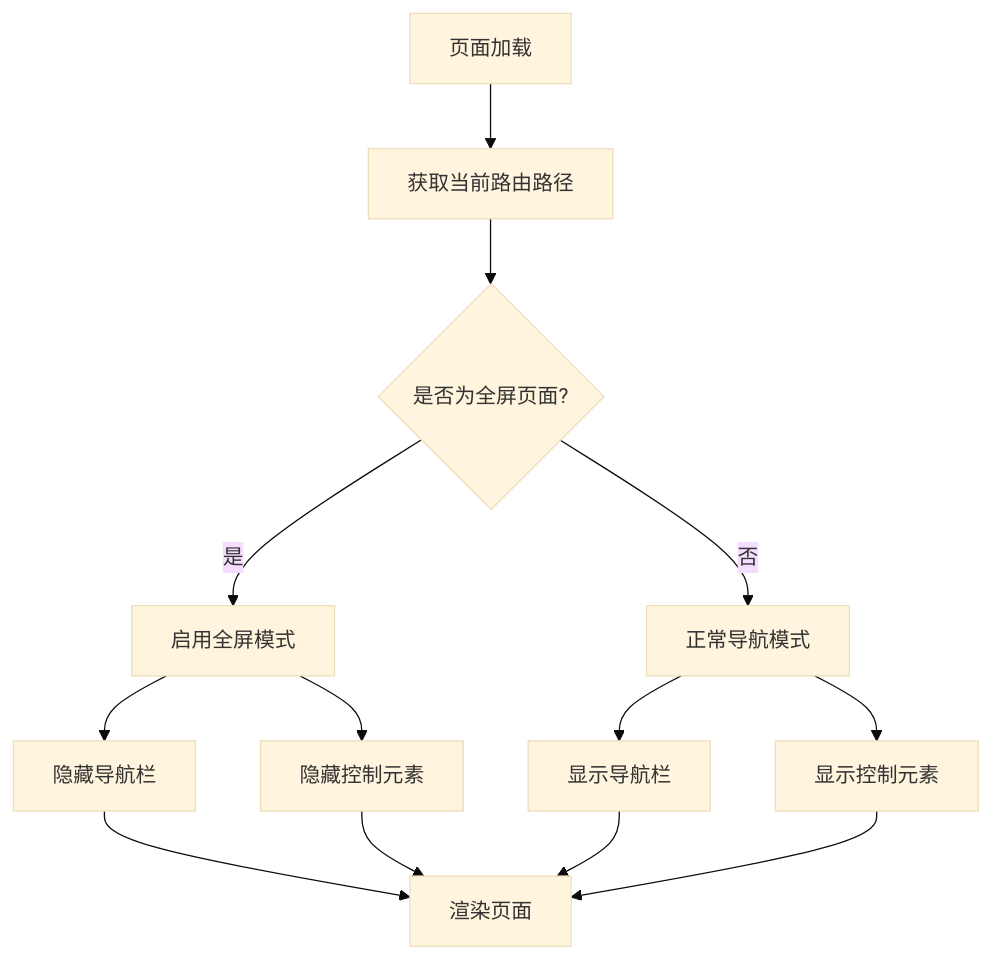
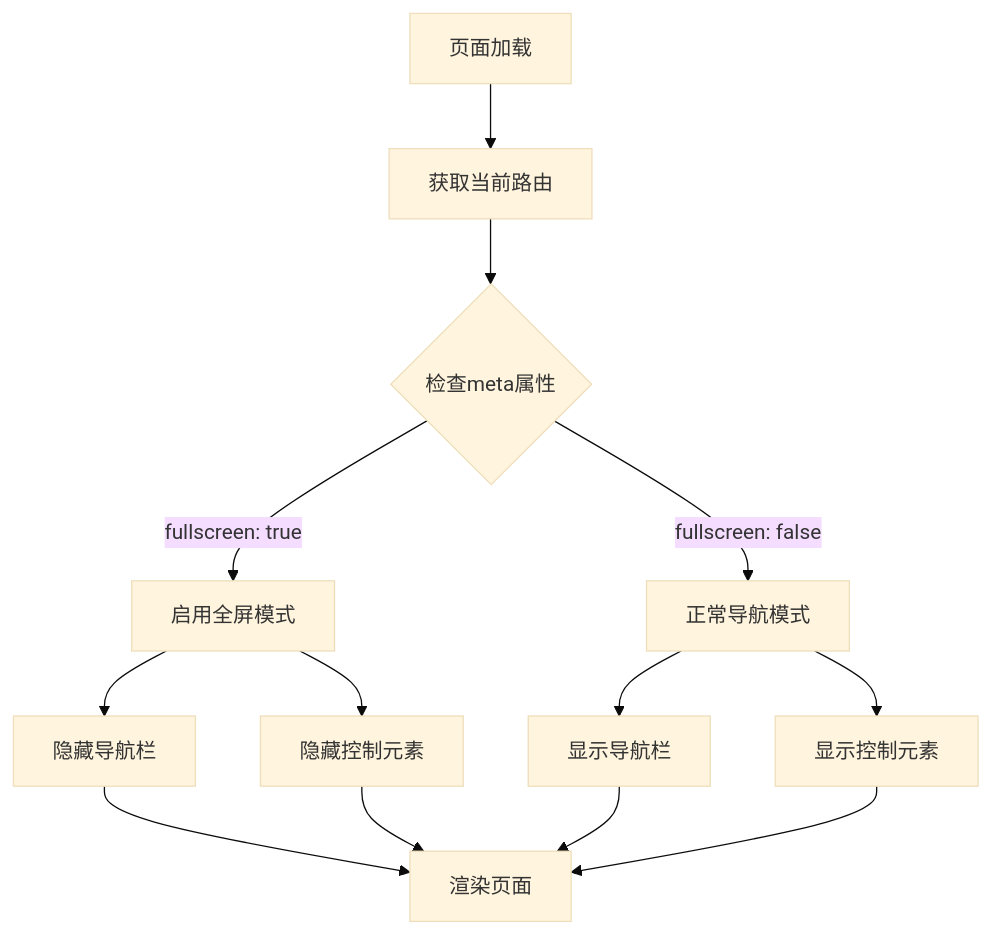
The third of 10 diagrams in .qoder/repowiki/zh/content/路由系统更新.md (yuyezhizhi/yuyezhizhi.github.io), drawn with Mermaid (base theme) before and after one commit. The commit also changed other lines of this file and 9 other files, not shown here.

````diff
--- a/.qoder/repowiki/zh/content/路由系统更新.md
+++ b/.qoder/repowiki/zh/content/路由系统更新.md
@@ -112,15 +132,15 @@
 ```mermaid
 flowchart TD
-Start[页面加载] --> GetRoute[获取当前路由路径]
-GetRoute --> CheckFullscreen{是否为全屏页面?}
-CheckFullscreen --> |是| FullscreenMode[启用全屏模式]
-CheckFullscreen --> |否| NormalMode[正常导航模式]
+Start[页面加载] --> GetRoute[获取当前路由]
+GetRoute --> CheckMeta{检查meta属性}
+CheckMeta --> |fullscreen: true| FullscreenMode[启用全屏模式]
+CheckMeta --> |fullscreen: false| NormalMode[正常导航模式]
 FullscreenMode --> HideNav[隐藏导航栏]
 FullscreenMode --> HideControls[隐藏控制元素]
 NormalMode --> ShowNav[显示导航栏]
 NormalMode --> ShowControls[显示控制元素]
 HideNav --> Render[渲染页面]
 HideControls --> Render
 ShowNav --> Render
 ShowControls --> Render
 ```
````
